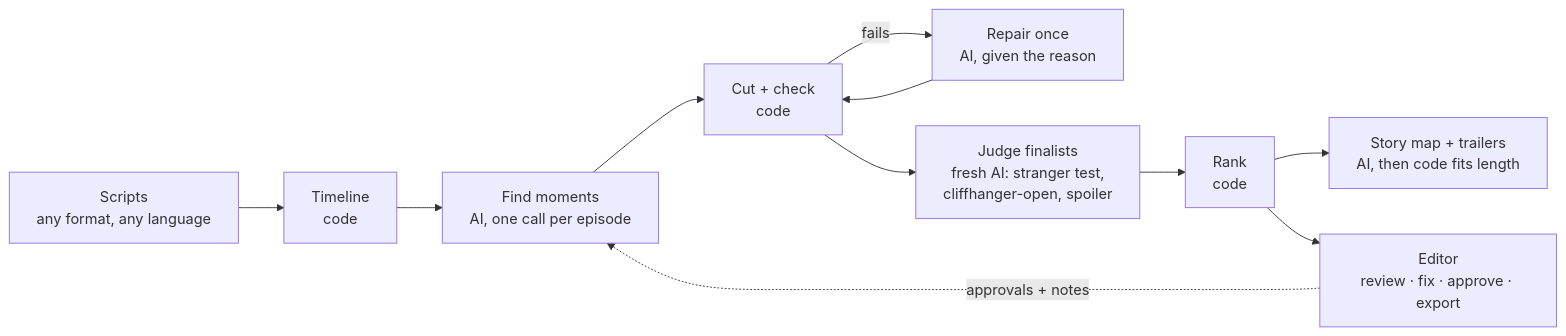
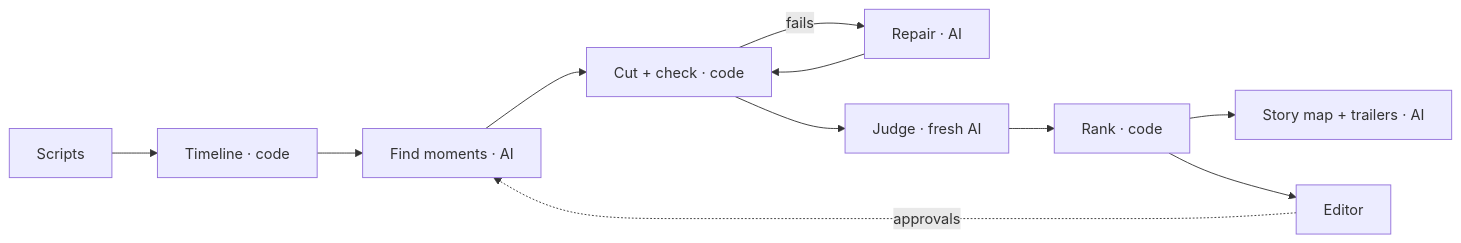
One commit to wenayy/cliffcut changed the diagram in README.md. Above: the diagram before and after it, drawn with Mermaid. The commit also changed other lines of this file and 14 other files, not shown here.

````diff
--- a/README.md
+++ b/README.md
@@ -29,13 +21,12 @@
 ```mermaid
 flowchart LR
-  A[Scripts<br/>any format, any language] --> B[Timeline<br/>code]
-  B --> C[Find moments<br/>AI, one call per episode]
-  C --> D[Cut + check<br/>code]
-  D -- fails --> E[Repair once<br/>AI, given the reason]
-  E --> D
-  D --> F[Judge finalists<br/>fresh AI: stranger test,<br/>cliffhanger-open, spoiler]
-  F --> G[Rank<br/>code]
-  G --> H[Story map + trailers<br/>AI, then code fits length]
-  G --> I[Editor<br/>review · fix · approve · export]
-  I -. approvals + notes .-> C
+  A[Scripts] --> B[Timeline · code]
+  B --> C[Find moments · AI]
+  C --> D[Cut + check · code]
+  D -- fails --> E[Repair · AI] --> D
+  D --> F[Judge · fresh AI]
+  F --> G[Rank · code]
+  G --> H[Story map + trailers · AI]
+  G --> I[Editor]
+  I -. approvals .-> C
 ```
````
